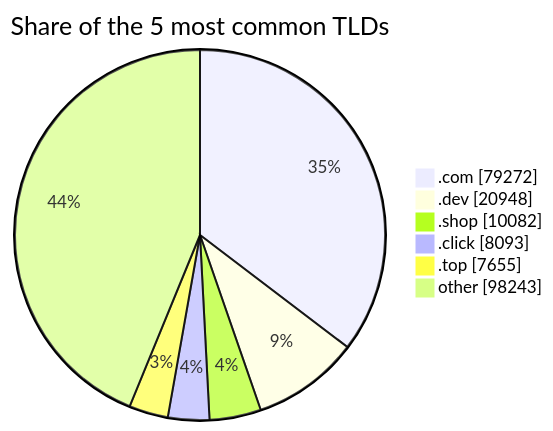
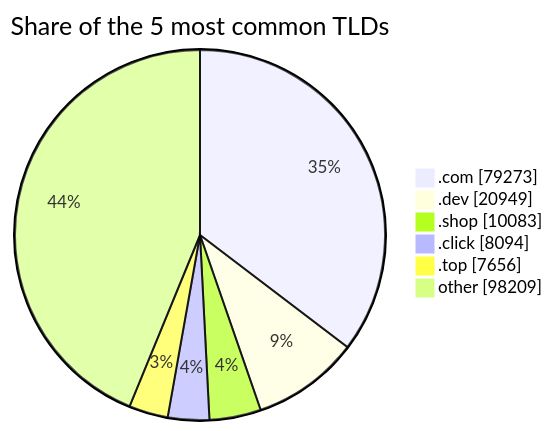
One commit to DNSBunker/CTI changed the third of 3 diagrams in README.md. Above: the diagram before and after it, drawn with Mermaid. The commit also changed other lines of this file and 3 other files, not shown here.

````diff
--- a/README.md
+++ b/README.md
@@ -81,9 +81,9 @@
 ```mermaid
 pie showData title Share of the 5 most common TLDs
-    ".com" : 79272
-    ".dev" : 20948
-    ".shop" : 10082
-    ".click" : 8093
-    ".top" : 7655
-    "other" : 98243
+    ".com" : 79273
+    ".dev" : 20949
+    ".shop" : 10083
+    ".click" : 8094
+    ".top" : 7656
+    "other" : 98209
 ```
````
